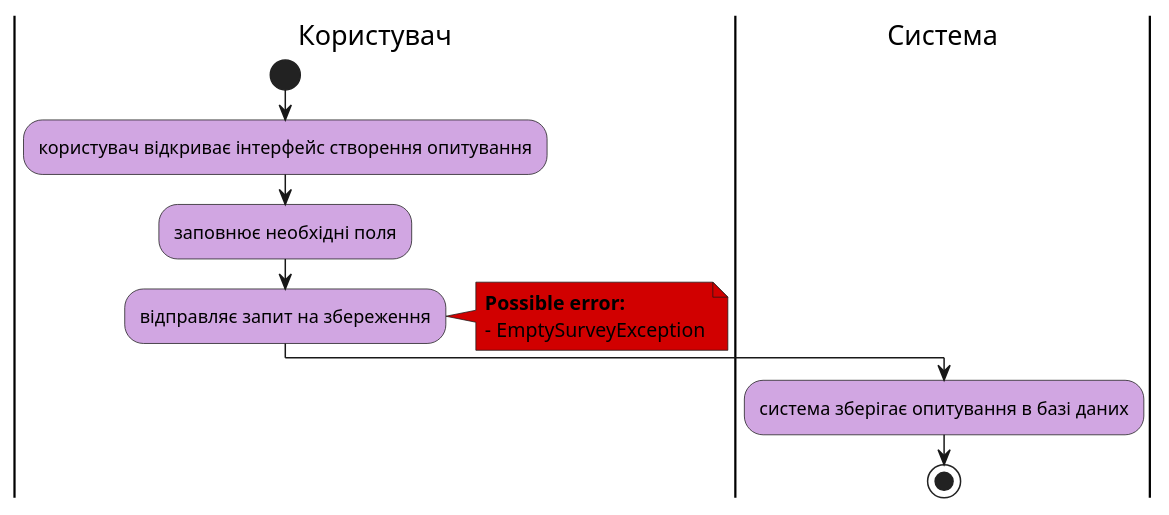
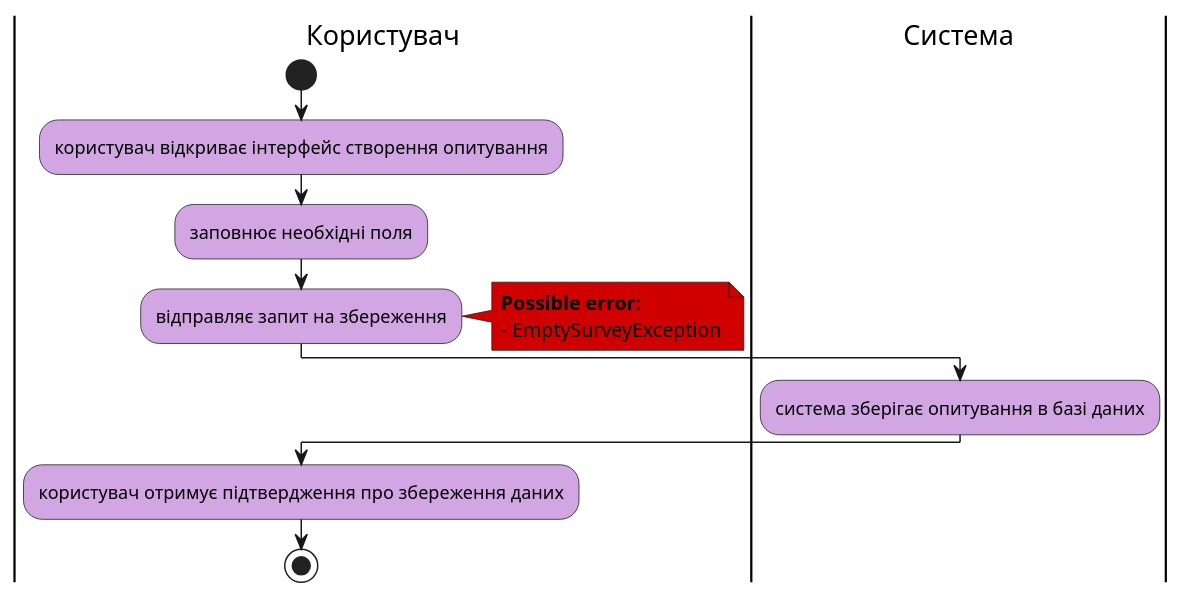
Before and after one commit to sunnytea0/db_labs_my: the sixth of 13 diagrams in docs/use cases/README.md, drawn with PlantUML. The commit also changed other lines of this file, not shown here.

First line of the commit message:
#26: changes schema scenarios

```diff
--- a/docs/use cases/README.md
+++ b/docs/use cases/README.md
@@ -217,20 +217,23 @@
 @startuml
 
-    skinparam ActivityBackgroundColor #d1a6e2
+        skinparam ActivityBackgroundColor #d1a6e2
 
-    |Користувач|
-    start;
-    :користувач відкриває інтерфейс створення опитування;
-    :заповнює необхідні поля;
-    :відправляє запит на збереження;
-    note right #D10000
-    <b>Possible error:
-    - EmptySurveyException
-    end note
+        |Користувач|
+        start;
+        :користувач відкриває інтерфейс створення опитування;
+        :заповнює необхідні поля;
+        :відправляє запит на збереження;
+        note right #D10000
+        <b>Possible error:
+        - EmptySurveyException
+        end note
 
-    |Система|
-    :система зберігає опитування в базі даних;
+        |Система|
+        :система зберігає опитування в базі даних;
 
-    stop;
+        |Користувач|
+        :користувач отримує підтвердження про збереження даних;
+
+        stop;
 
 @enduml
```
